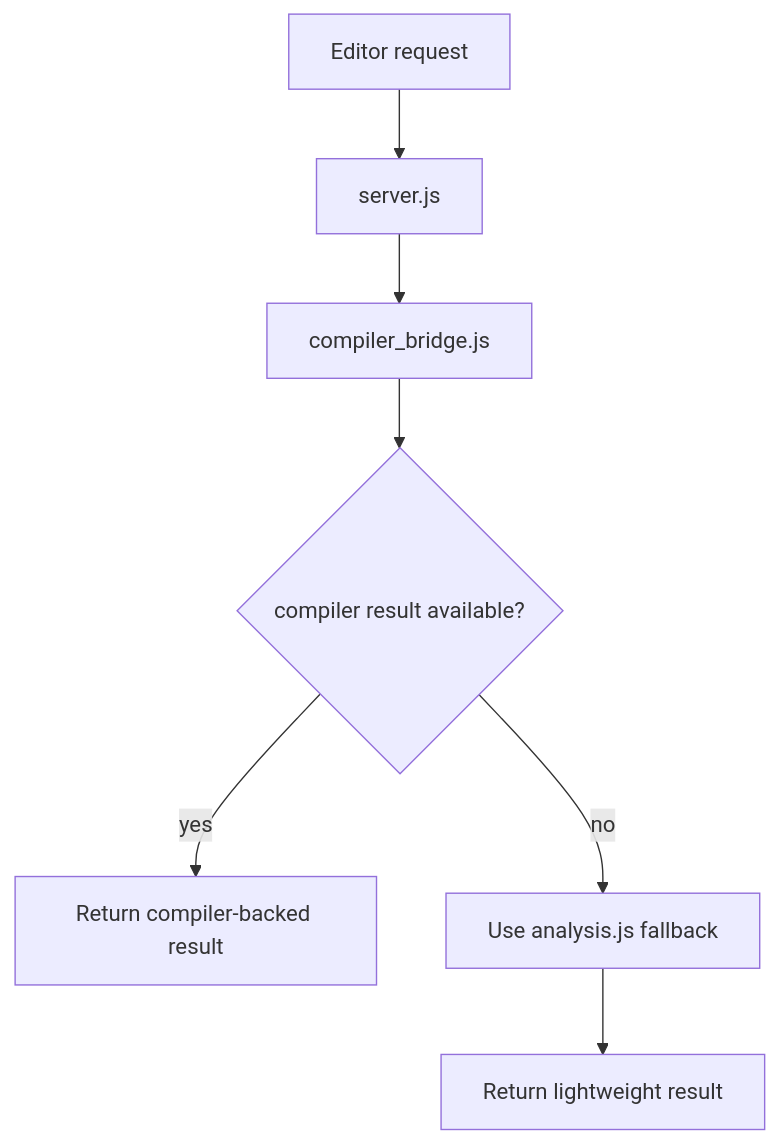
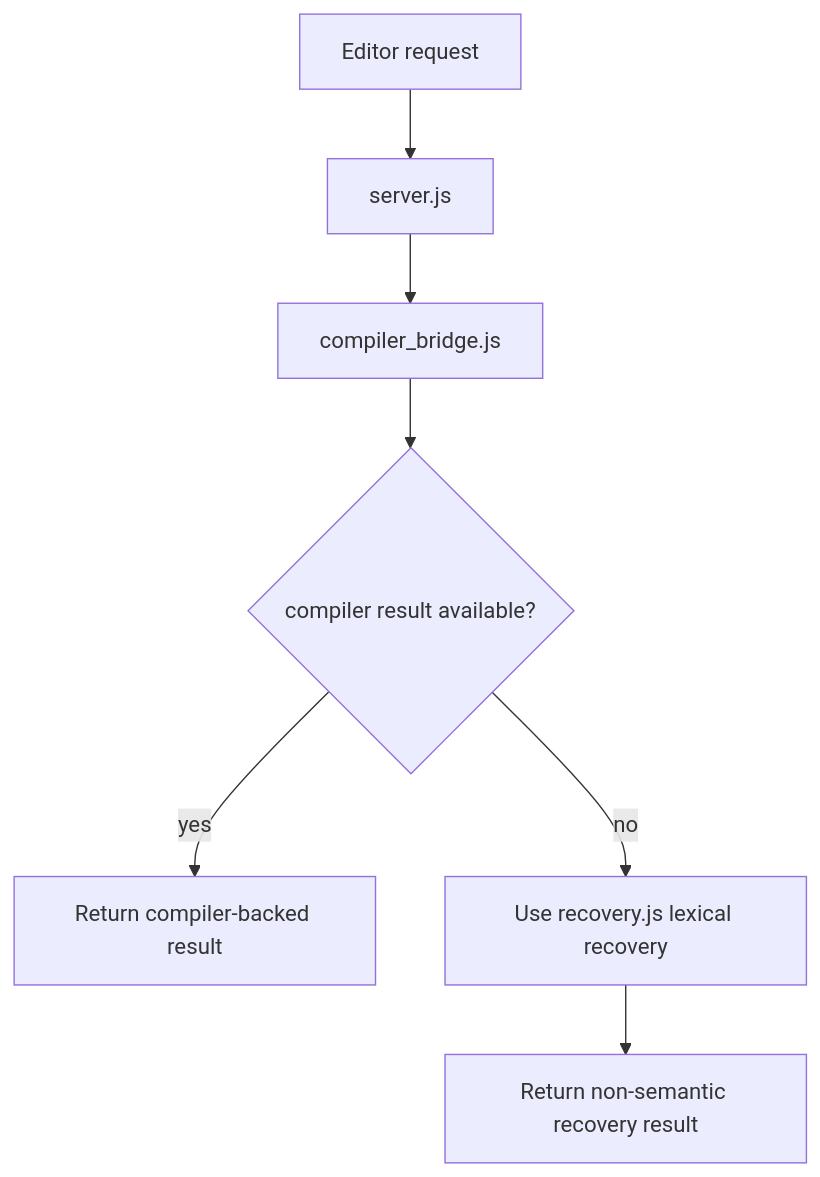
The diagram in architecture_docs/11-editor-tooling.md (johnolafenwa/Aura), drawn with Mermaid before and after one commit. The commit also changed other lines of this file and 129 other files, not shown here.

````diff
--- a/architecture_docs/11-editor-tooling.md
+++ b/architecture_docs/11-editor-tooling.md
@@ -64,9 +67,9 @@
 ```mermaid
 flowchart TD
     A["Editor request"] --> B["server.js"]
     B --> C["compiler_bridge.js"]
     C --> D{"compiler result available?"}
     D -- yes --> E["Return compiler-backed result"]
-    D -- no --> F["Use analysis.js fallback"]
-    F --> G["Return lightweight result"]
+    D -- no --> F["Use recovery.js lexical recovery"]
+    F --> G["Return non-semantic recovery result"]
 ```
````
